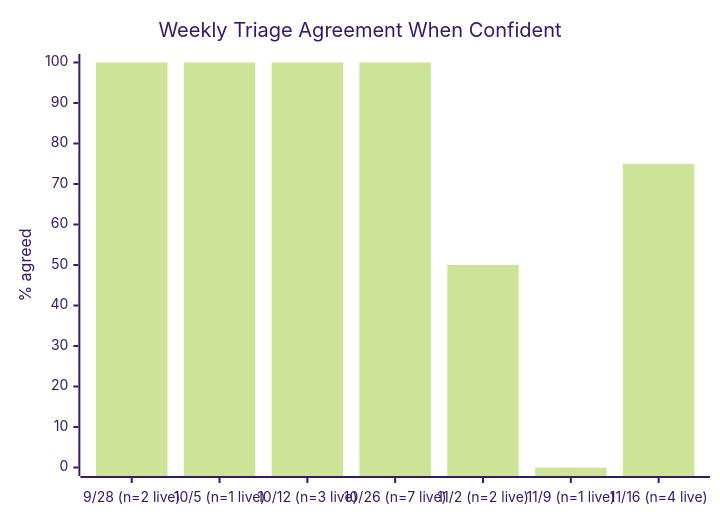
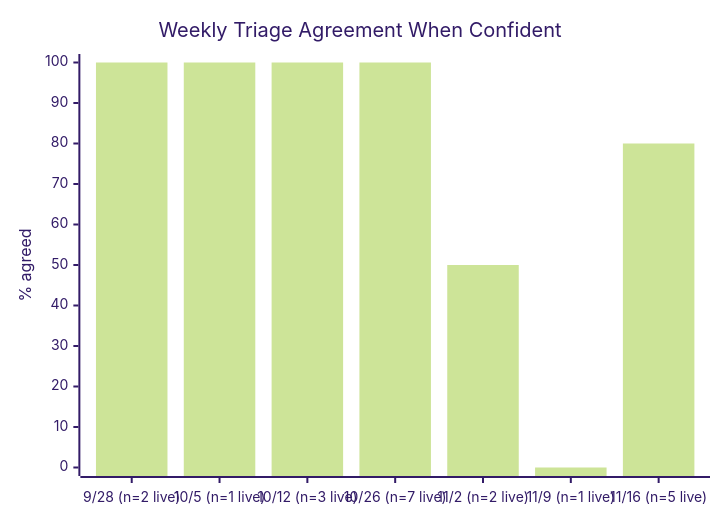
One commit to Sanctum-Origo-Systems/patina changed the third of 4 diagrams in JEV.md. Above: the diagram before and after it, drawn with Mermaid (forest theme). The commit also changed other lines of this file, not shown here.

````diff
--- a/JEV.md
+++ b/JEV.md
@@ -25,7 +25,7 @@
 ```mermaid
 xychart-beta
     title "Weekly Triage Agreement When Confident"
-    x-axis ["9/28 (n=2 live)", "10/5 (n=1 live)", "10/12 (n=3 live)", "10/26 (n=7 live)", "11/2 (n=2 live)", "11/9 (n=1 live)", "11/16 (n=4 live)"]
+    x-axis ["9/28 (n=2 live)", "10/5 (n=1 live)", "10/12 (n=3 live)", "10/26 (n=7 live)", "11/2 (n=2 live)", "11/9 (n=1 live)", "11/16 (n=5 live)"]
     y-axis "% agreed" 0 --> 100
-    bar [100, 100, 100, 100, 50, 0, 75]
+    bar [100, 100, 100, 100, 50, 0, 80]
 ```
````
